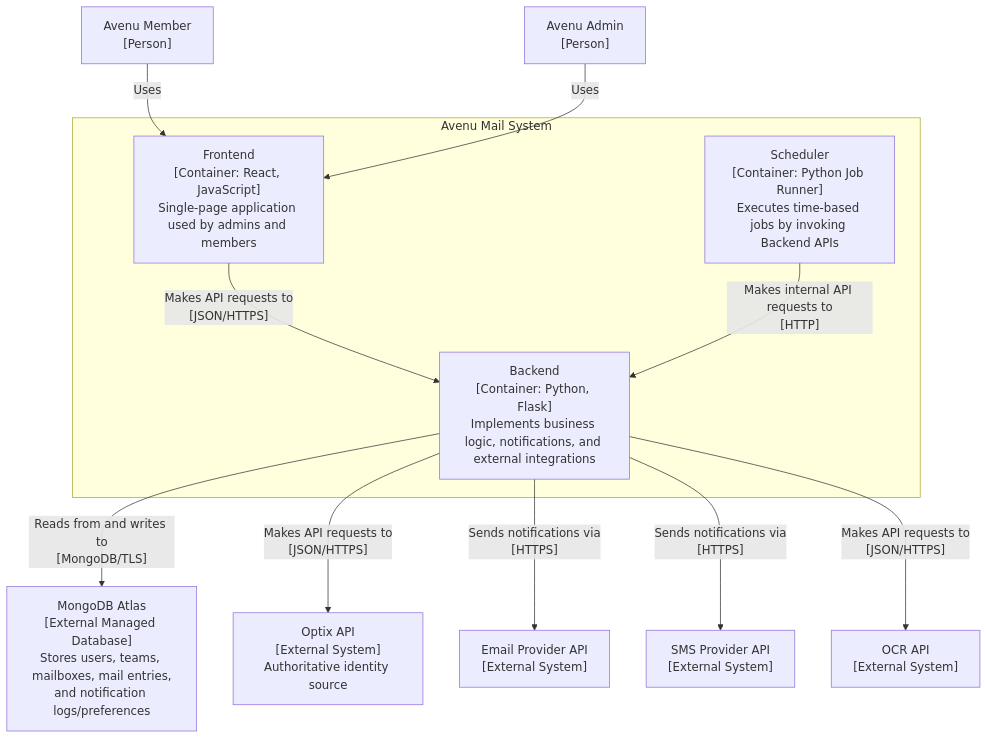
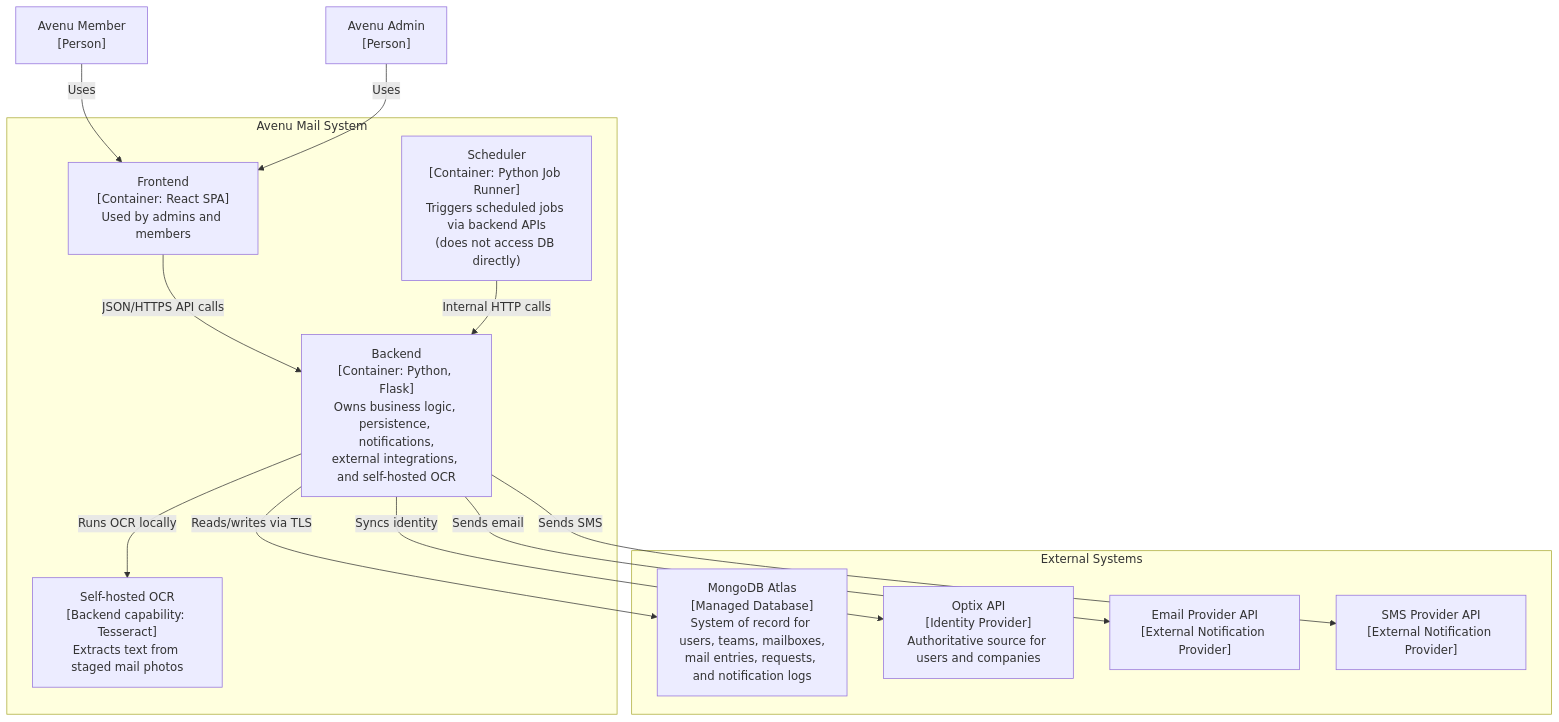
The diagram in docs/01-architecture/diagrams/container-diagram.mmd (CMU-413/avenu), drawn with Mermaid before and after one commit.

Commit message:
docs: update architecture container diagram

```diff
--- a/docs/01-architecture/diagrams/container-diagram.mmd
+++ b/docs/01-architecture/diagrams/container-diagram.mmd
@@ -1,36 +1,40 @@
 flowchart TB
 
 Member["Avenu Member<br>[Person]"]
 Admin["Avenu Admin<br>[Person]"]
 
 subgraph Avenu["Avenu Mail System"]
 
-    Frontend["Frontend<br>[Container: React, JavaScript]<br>Single-page application used by admins and members"]
+    Frontend["Frontend<br>[Container: React SPA]<br>Used by admins and members"]
 
-    Backend["Backend<br>[Container: Python, Flask]<br>Implements business logic, notifications, and external integrations"]
+    Backend["Backend<br>[Container: Python, Flask]<br>Owns business logic, persistence, notifications,<br>external integrations, and self-hosted OCR"]
 
-    Scheduler["Scheduler<br>[Container: Python Job Runner]<br>Executes time-based jobs by invoking Backend APIs"]
+    Scheduler["Scheduler<br>[Container: Python Job Runner]<br>Triggers scheduled jobs via backend APIs<br>(does not access DB directly)"]
+
+    OCR["Self-hosted OCR<br>[Backend capability: Tesseract]<br>Extracts text from staged mail photos"]
 
 end
 
-MongoDB["MongoDB Atlas<br>[External Managed Database]<br>Stores users, teams, mailboxes, mail entries,<br>and notification logs/preferences"]
+subgraph External["External Systems"]
 
-Optix["Optix API<br>[External System]<br>Authoritative identity source"]
+    MongoDB["MongoDB Atlas<br>[Managed Database]<br>System of record for users, teams, mailboxes,<br>mail entries, requests, and notification logs"]
 
-EmailProvider["Email Provider API<br>[External System]"]
+    Optix["Optix API<br>[Identity Provider]<br>Authoritative source for users and companies"]
 
-SMSProvider["SMS Provider API<br>[External System]"]
+    EmailProvider["Email Provider API<br>[External Notification Provider]"]
 
-OCRProvider["OCR API<br>[External System]"]
+    SMSProvider["SMS Provider API<br>[External Notification Provider]"]
+
+end
 
 Member -->|"Uses"| Frontend
 Admin -->|"Uses"| Frontend
 
-Frontend -->|"Makes API requests to<br>[JSON/HTTPS]"| Backend
-Scheduler -->|"Makes internal API requests to<br>[HTTP]"| Backend
+Frontend -->|"JSON/HTTPS API calls"| Backend
+Scheduler -->|"Internal HTTP calls"| Backend
 
-Backend -->|"Reads from and writes to<br>[MongoDB/TLS]"| MongoDB
-Backend -->|"Makes API requests to<br>[JSON/HTTPS]"| Optix
-Backend -->|"Sends notifications via<br>[HTTPS]"| EmailProvider
-Backend -->|"Sends notifications via<br>[HTTPS]"| SMSProvider
-Backend -->|"Makes API requests to<br>[JSON/HTTPS]"| OCRProvider
+Backend -->|"Runs OCR locally"| OCR
+Backend -->|"Reads/writes via TLS"| MongoDB
+Backend -->|"Syncs identity"| Optix
+Backend -->|"Sends email"| EmailProvider
+Backend -->|"Sends SMS"| SMSProvider
```
